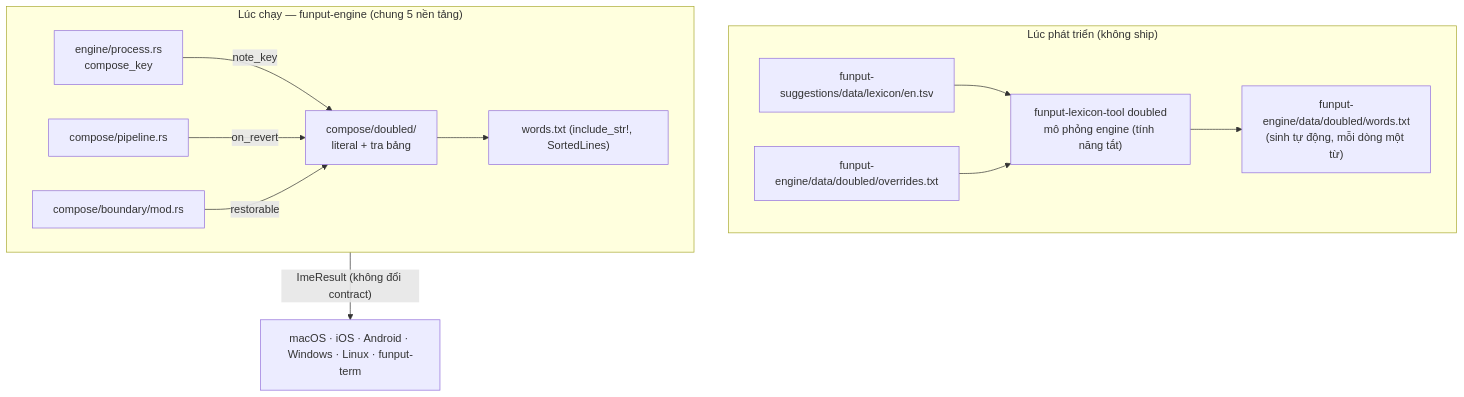
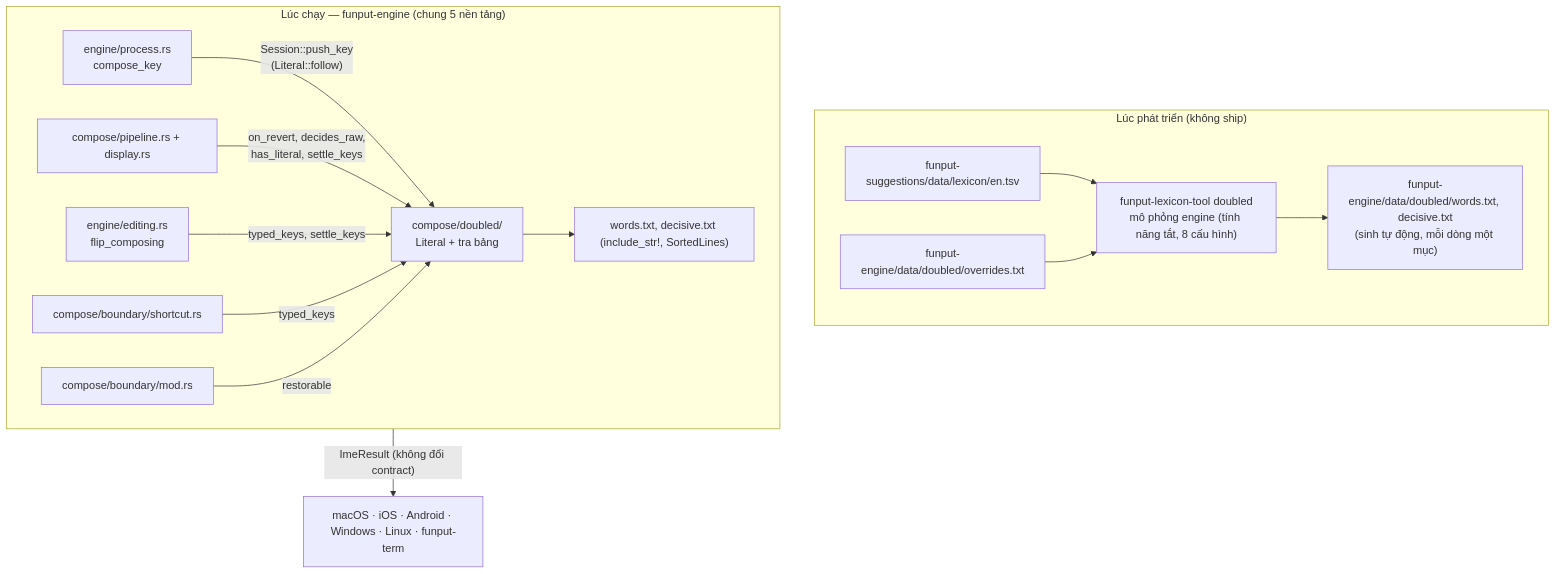
Before and after one commit to Funput/Funput: the diagram in docs/features/doubled-key-restore.md, drawn with Mermaid. The commit also changed other lines of this file and 3 other files, not shown here.

First line of the commit message:
docs(engine): describe the doubled-key restore fixes after review

````diff
--- a/docs/features/doubled-key-restore.md
+++ b/docs/features/doubled-key-restore.md
@@ -303,15 +373,17 @@
 ```mermaid
 flowchart TB
     subgraph Build["Lúc phát triển (không ship)"]
-        EN["funput-suggestions/data/lexicon/en.tsv"] --> GEN["funput-lexicon-tool doubled<br/>mô phỏng engine (tính năng tắt)"]
+        EN["funput-suggestions/data/lexicon/en.tsv"] --> GEN["funput-lexicon-tool doubled<br/>mô phỏng engine (tính năng tắt, 8 cấu hình)"]
         OV["funput-engine/data/doubled/overrides.txt"] --> GEN
-        GEN --> TABLE["funput-engine/data/doubled/words.txt<br/>(sinh tự động, mỗi dòng một từ)"]
+        GEN --> TABLE["funput-engine/data/doubled/words.txt, decisive.txt<br/>(sinh tự động, mỗi dòng một mục)"]
     end
     subgraph Runtime["Lúc chạy — funput-engine (chung 5 nền tảng)"]
-        P["engine/process.rs<br/>compose_key"] -->|"note_key"| D["compose/doubled/<br/>literal + tra bảng"]
-        PL["compose/pipeline.rs"] -->|"on_revert"| D
+        P["engine/process.rs<br/>compose_key"] -->|"Session::push_key<br/>(Literal::follow)"| D["compose/doubled/<br/>Literal + tra bảng"]
+        PL["compose/pipeline.rs + display.rs"] -->|"on_revert, decides_raw,<br/>has_literal, settle_keys"| D
+        F["engine/editing.rs<br/>flip_composing"] -->|"typed_keys, settle_keys"| D
+        SC["compose/boundary/shortcut.rs"] -->|"typed_keys"| D
         B["compose/boundary/mod.rs"] -->|"restorable"| D
-        D --> TABLE2["words.txt (include_str!, SortedLines)"]
+        D --> TABLE2["words.txt, decisive.txt (include_str!, SortedLines)"]
     end
     Runtime -->|"ImeResult (không đổi contract)"| S["macOS · iOS · Android · Windows · Linux · funput-term"]
 ```
````
